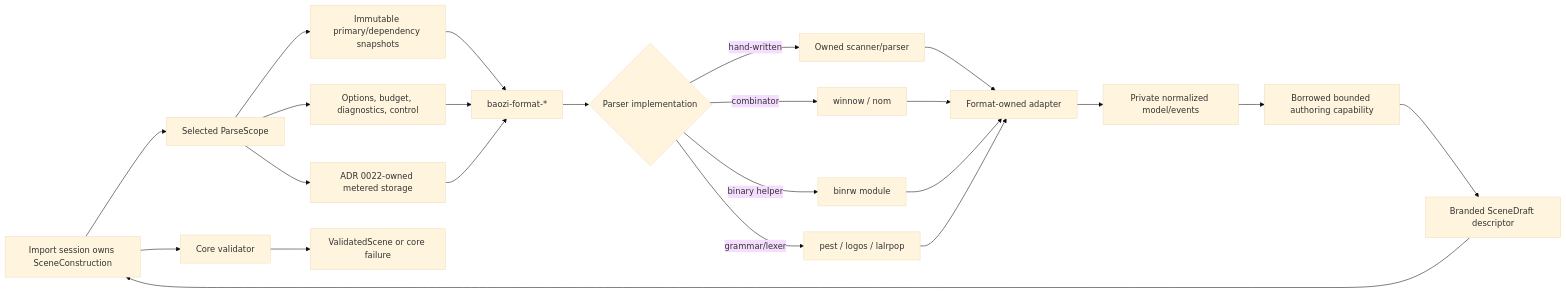
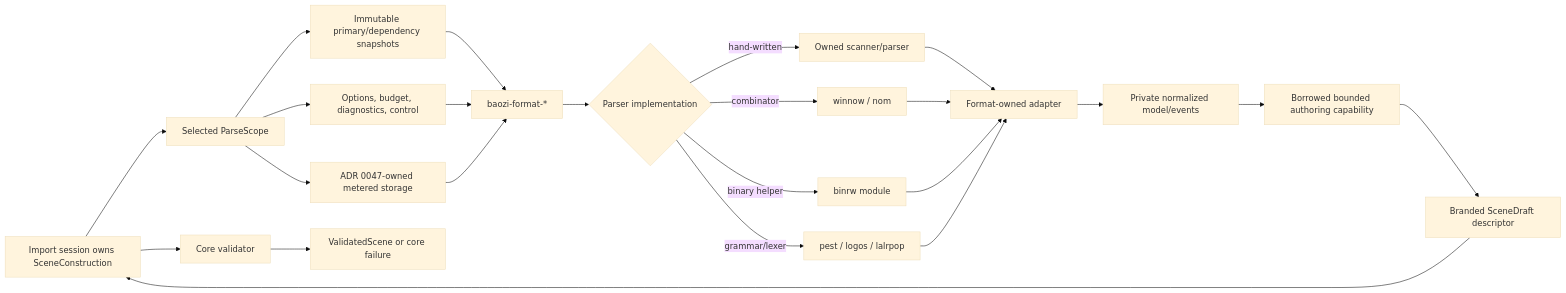
One commit to Latias94/baozi changed the first of 2 diagrams in docs/adr/0018-parser-tooling-and-format-owned-parser-policy.md. Above: the diagram before and after it, drawn with Mermaid (base theme). The commit also changed other lines of this file and 45 other files, not shown here.

Commit message:
docs(architecture): reset post-U4 authorities

````diff
--- a/docs/adr/0018-parser-tooling-and-format-owned-parser-policy.md
+++ b/docs/adr/0018-parser-tooling-and-format-owned-parser-policy.md
@@ -94,25 +94,25 @@
 ```mermaid
 flowchart LR
     Session[Import session owns SceneConstruction] --> Scope[Selected ParseScope]
     Scope --> Input[Immutable primary/dependency snapshots]
     Scope --> Capabilities[Options, budget, diagnostics, control]
-    Scope --> Storage[ADR 0022-owned metered storage]
+    Scope --> Storage[ADR 0047-owned metered storage]
     Input --> FormatCrate[baozi-format-*]
     Capabilities --> FormatCrate
     Storage --> FormatCrate
     FormatCrate --> Tool{Parser implementation}
     Tool -->|hand-written| Owned[Owned scanner/parser]
     Tool -->|combinator| Combinator[winnow / nom]
     Tool -->|binary helper| Binary[binrw module]
     Tool -->|grammar/lexer| Generated[pest / logos / lalrpop]
     Owned --> Adapter[Format-owned adapter]
     Combinator --> Adapter
     Binary --> Adapter
     Generated --> Adapter
     Adapter --> Normalized[Private normalized model/events]
     Normalized --> Author[Borrowed bounded authoring capability]
     Author --> Draft[Branded SceneDraft descriptor]
     Draft --> Session
     Session --> Validator[Core validator]
     Validator --> Validated[ValidatedScene or core failure]
 ```
````
